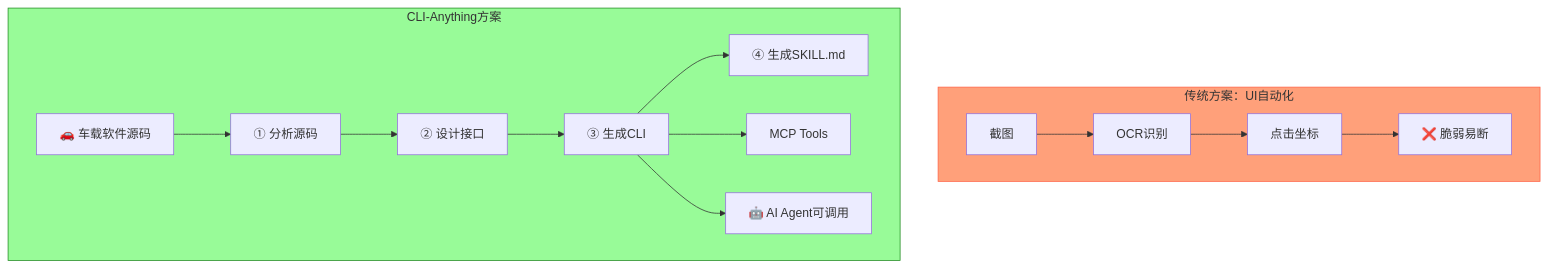
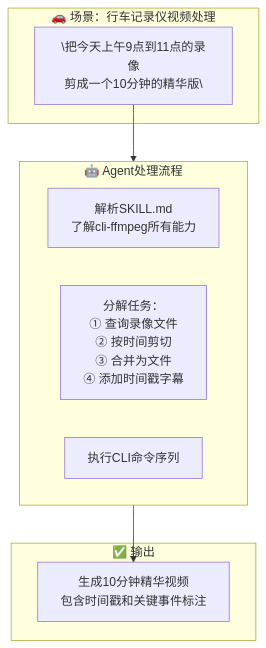
Before and after one commit to xuqi2024/xuqi2024.github.io: the tenth of 15 diagrams in source/_posts/2026-04-15-cli-anything-analysis.md, drawn with Mermaid. The commit also changed other lines of this file, not shown here.

Commit message:
更新: CLI-Anything深度解析 - 更深刻分析+详细未来展望

````diff
--- a/source/_posts/2026-04-15-cli-anything-analysis.md
+++ b/source/_posts/2026-04-15-cli-anything-analysis.md
@@ -363,18 +311,18 @@
 ```mermaid
 flowchart TB
-    subgraph 传统方案["传统方案：UI自动化"]
-        UI1["截图"] --> UI2["OCR识别"] --> UI3["点击坐标"] --> UI4["❌ 脆弱易断"]
+    subgraph 场景["🚗 场景：行车记录仪视频处理"]
+        USER["\"把今天上午9点到11点的录像<br/>剪成一个10分钟的精华版\""]
     end
     
-    subgraph CLI-Anything方案["CLI-Anything方案"]
-        SRC["🚗 车载软件源码"] --> ANALYZE["① 分析源码"]
-        ANALYZE --> DESIGN["② 设计接口"]
-        DESIGN --> CLI["③ 生成CLI"]
-        CLI --> SKILL["④ 生成SKILL.md"]
-        CLI --> MCP["MCP Tools"]
-        CLI --> AGENT["🤖 AI Agent可调用"]
+    subgraph Agent处理["🤖 Agent处理流程"]
+        A1["解析SKILL.md<br/>了解cli-ffmpeg所有能力"]
+        A2["分解任务：<br/>① 查询录像文件<br/>② 按时间剪切<br/>③ 合并为文件<br/>④ 添加时间戳字幕"]
+        A3["执行CLI命令序列"]
     end
     
-    style 传统方案 fill:#FFA07A,stroke:#FF6347
-    style CLI-Anything方案 fill:#98FB98,stroke:#228B22
+    subgraph 结果["✅ 输出"]
+        RESULT["生成10分钟精华视频<br/>包含时间戳和关键事件标注"]
+    end
+    
+    USER --> Agent处理 --> RESULT
 ```
````
